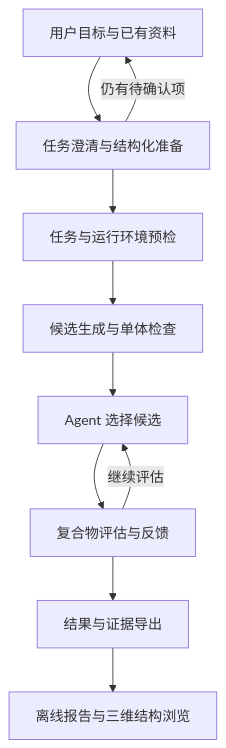
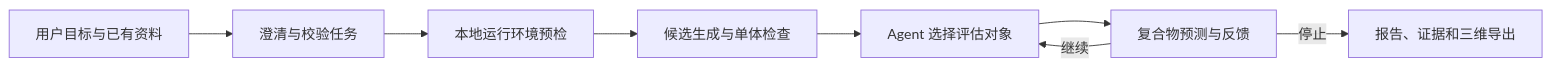
One commit to ziiroo1126/Agentic-Loop-for-Protein-Design changed the diagram in README.zh-CN.md. Above: the diagram before and after it, drawn with Mermaid. The commit also changed other lines of this file and 135 other files, not shown here.

````diff
--- a/README.zh-CN.md
+++ b/README.zh-CN.md
@@ -18,12 +56,10 @@
 ```mermaid
-flowchart TD
-    A[用户目标与已有资料] --> B[任务澄清与结构化准备]
-    B -->|仍有待确认项| A
-    B --> C[任务与运行环境预检]
+flowchart LR
+    A[用户目标与已有资料] --> B[澄清与校验任务]
+    B --> C[本地运行环境预检]
     C --> D[候选生成与单体检查]
-    D --> E[Agent 选择候选]
-    E --> F[复合物评估与反馈]
-    F -->|继续评估| E
-    F --> G[结果与证据导出]
-    G --> H[离线报告与三维结构浏览]
+    D --> E[Agent 选择评估对象]
+    E --> F[复合物预测与反馈]
+    F -->|继续| E
+    F -->|停止| G[报告、证据和三维导出]
 ```
````
